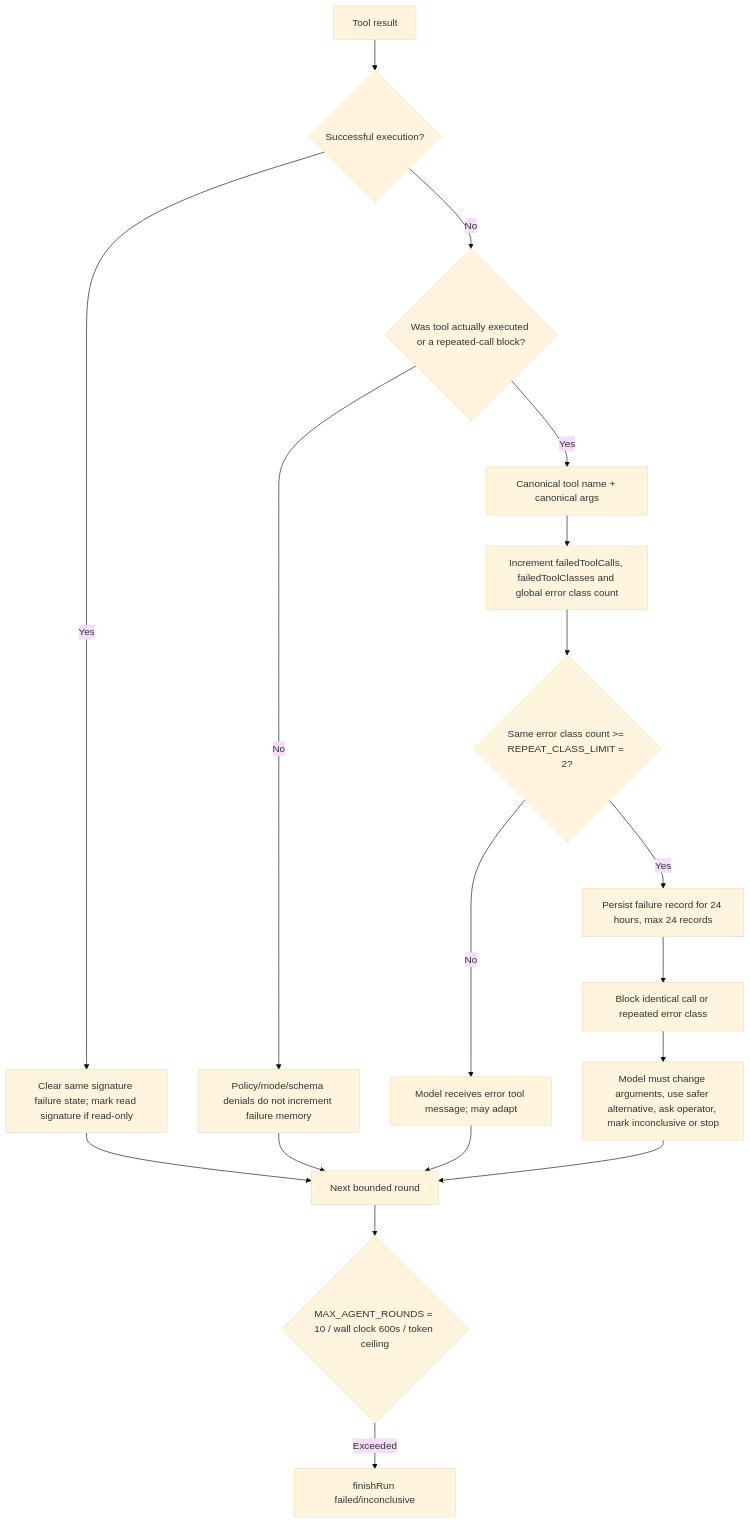
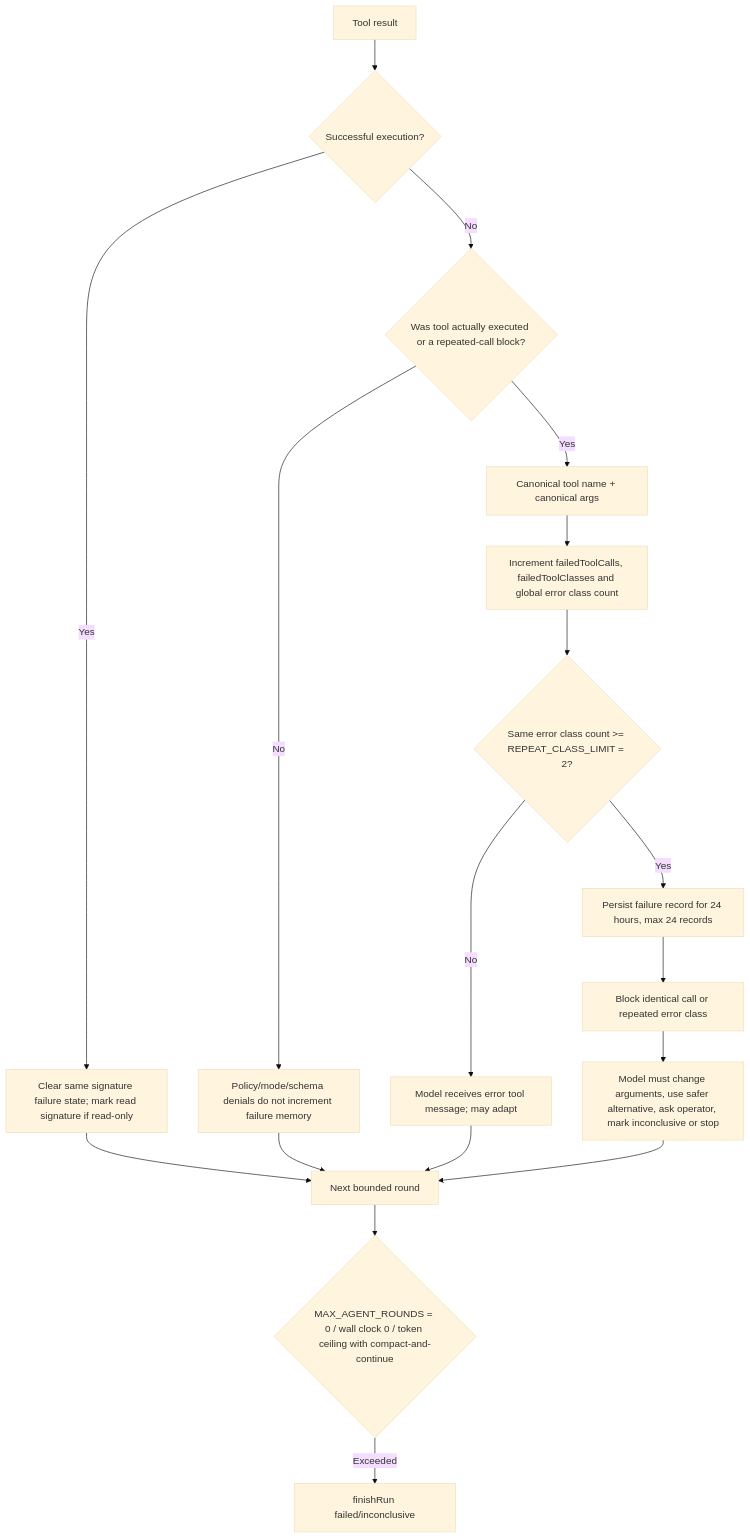
One commit to mahirhacks/XEKUTE changed the seventh of 10 diagrams in docs/architecture/current-agent-orchestration-flowchart.md. Above: the diagram before and after it, drawn with Mermaid (base theme). The commit also changed other lines of this file and 60 other files, not shown here.

````diff
--- a/docs/architecture/current-agent-orchestration-flowchart.md
+++ b/docs/architecture/current-agent-orchestration-flowchart.md
@@ -225,20 +225,20 @@
 ```mermaid
 flowchart TD
     RESULT[Tool result] --> SUCCESS{Successful execution?}
     SUCCESS -->|Yes| CLEAR[Clear same signature failure state; mark read signature if read-only]
     SUCCESS -->|No| EXECUTED{Was tool actually executed or a repeated-call block?}
     EXECUTED -->|No| NO_COUNT[Policy/mode/schema denials do not increment failure memory]
     EXECUTED -->|Yes| SIGNATURE[Canonical tool name + canonical args]
     SIGNATURE --> COUNT[Increment failedToolCalls, failedToolClasses and global error class count]
     COUNT --> LIMIT{Same error class count >= REPEAT_CLASS_LIMIT = 2?}
     LIMIT -->|No| NEXT_ROUND[Model receives error tool message; may adapt]
     LIMIT -->|Yes| PERSIST[Persist failure record for 24 hours, max 24 records]
     PERSIST --> BLOCK[Block identical call or repeated error class]
     BLOCK --> ADAPT[Model must change arguments, use safer alternative, ask operator, mark inconclusive or stop]
     NEXT_ROUND --> ROUND[Next bounded round]
     CLEAR --> ROUND
     NO_COUNT --> ROUND
     ADAPT --> ROUND
-    ROUND --> BUDGET{MAX_AGENT_ROUNDS = 10 / wall clock 600s / token ceiling}
+    ROUND --> BUDGET{MAX_AGENT_ROUNDS = 0 / wall clock 0 / token ceiling with compact-and-continue}
     BUDGET -->|Exceeded| INCONCLUSIVE[finishRun failed/inconclusive]
 ```
````
